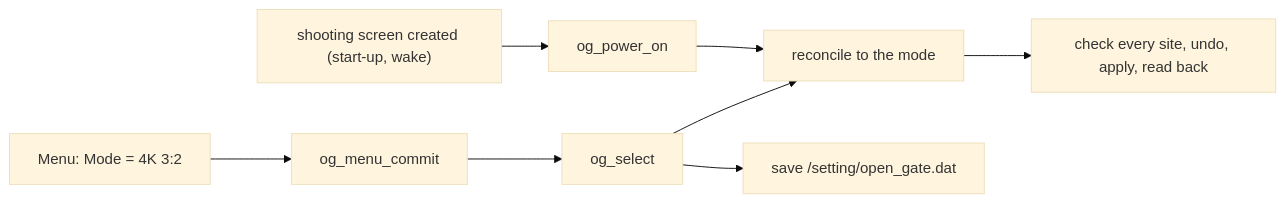
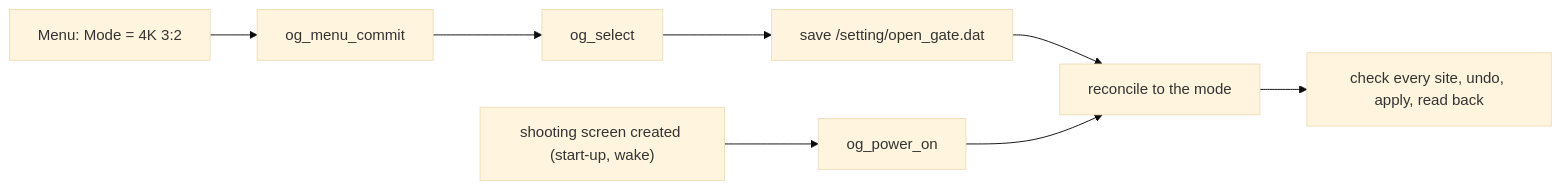
Before and after one commit to Sloopdog/sony-a7m4-custom-firmware-open-gate: the diagram in README.md, drawn with Mermaid (base theme). The commit also changed other lines of this file and 13 other files, not shown here.

Commit message:
Fix open-gate active state and persistent mode failure handling

````diff
--- a/README.md
+++ b/README.md
@@ -177,9 +179,9 @@
 ```mermaid
 flowchart LR
   M["Menu: Mode = 4K 3:2"] --> C["og_menu_commit"] --> S["og_select"]
   P["shooting screen created (start-up, wake)"] --> O["og_power_on"]
-  S --> R["reconcile to the mode"]
+  S --> F["save /setting/open_gate.dat"]
+  F --> R["reconcile to the mode"]
   O --> R
   R --> W["check every site, undo, apply, read back"]
-  S --> F["save /setting/open_gate.dat"]
 ```
````
